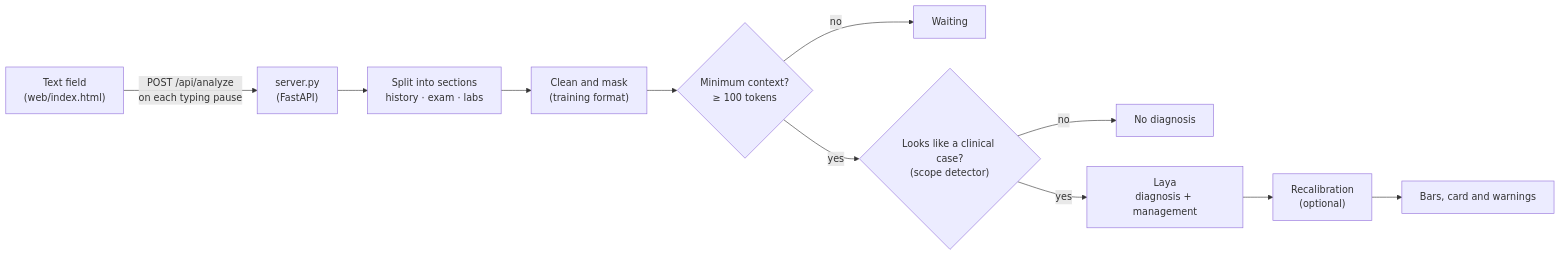
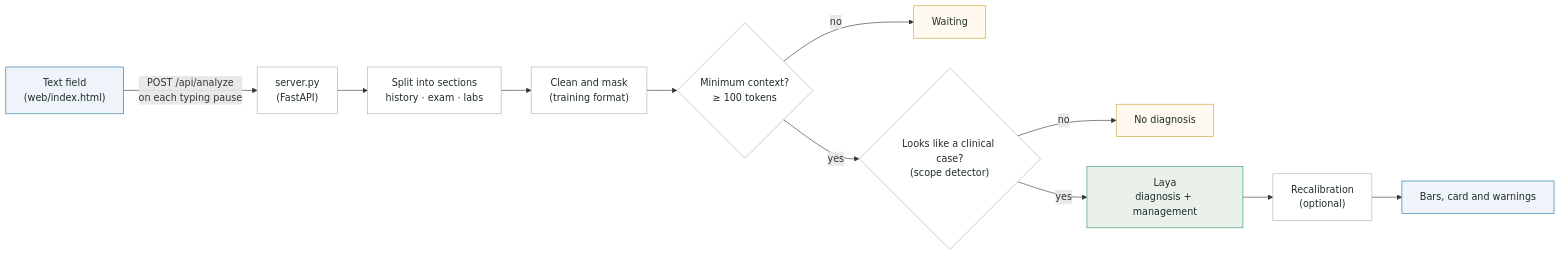
The diagram in README.md (csbl-usp/LayaMed), drawn with Mermaid before and after one commit. The commit also changed other lines of this file and 12 other files, not shown here.

````diff
--- a/README.md
+++ b/README.md
@@ -15,13 +38,22 @@
 ```mermaid
 flowchart LR
     A["Text field<br/>(web/index.html)"] -- "POST /api/analyze<br/>on each typing pause" --> B["server.py<br/>(FastAPI)"]
     B --> C["Split into sections<br/>history · exam · labs"]
     C --> D["Clean and mask<br/>(training format)"]
     D --> E{"Minimum context?<br/>≥ 100 tokens"}
     E -- no --> W["Waiting"]
     E -- yes --> F{"Looks like a clinical case?<br/>(scope detector)"}
     F -- no --> X["No diagnosis"]
     F -- yes --> G["Laya<br/>diagnosis + management"]
     G --> H["Recalibration<br/>(optional)"]
     H --> I["Bars, card and warnings"]
+
+    classDef ui fill:#EEF4FA,stroke:#1F6E9C,color:#1F2D2A
+    classDef step fill:#FFFFFF,stroke:#9FB2AB,color:#1F2D2A
+    classDef model fill:#E9F1EA,stroke:#2E9461,color:#1F2D2A
+    classDef stop fill:#FFF9EF,stroke:#C9A227,color:#1F2D2A
+    class A,I ui
+    class B,C,D,E,F,H step
+    class G model
+    class W,X stop
 ```
````
